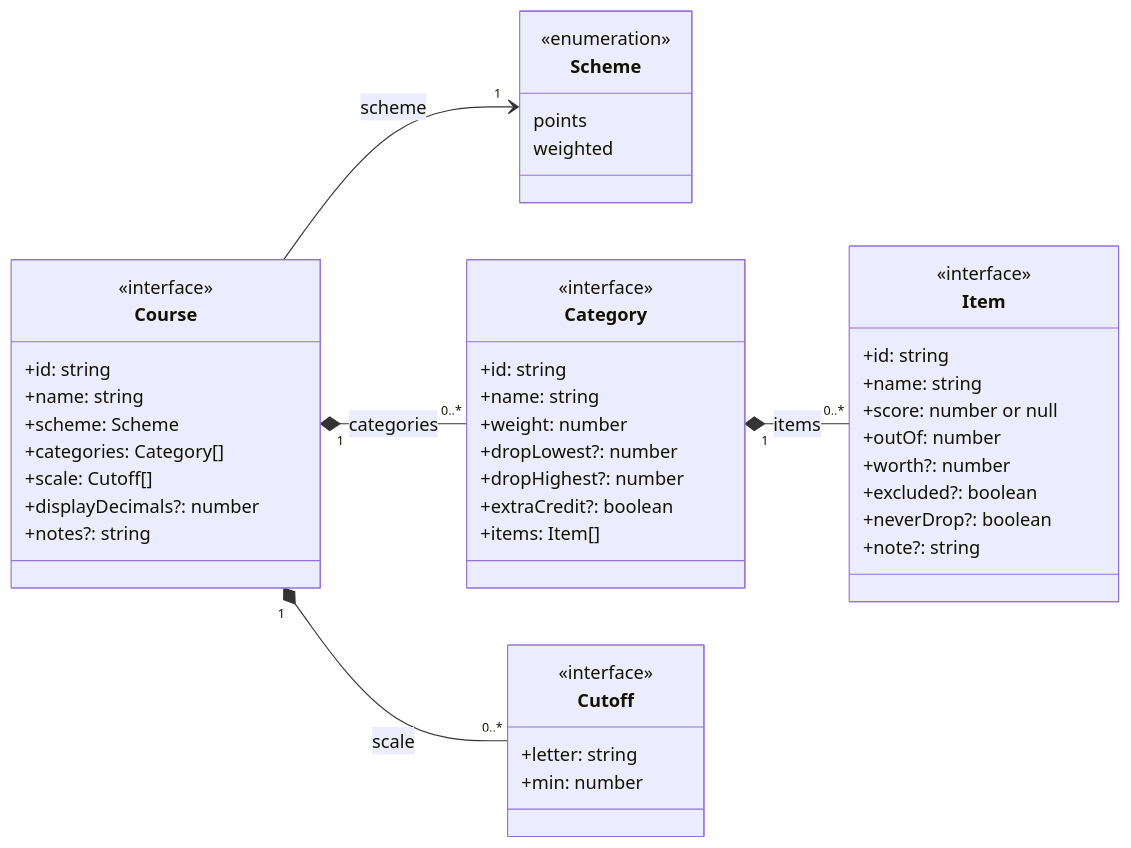
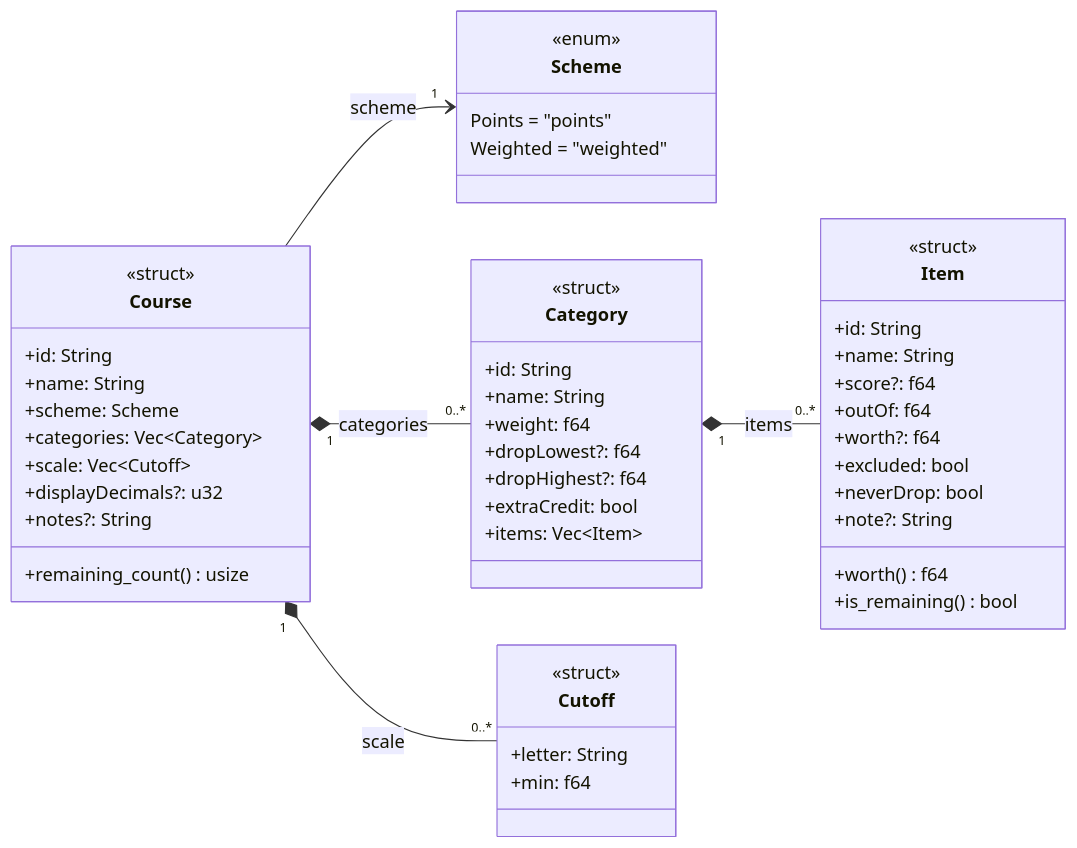
Before and after one commit to Patman1O1/grade-calculator: the second of 8 diagrams in docs/uml.md, drawn with Mermaid. The commit also changed other lines of this file and 45 other files, not shown here.

````diff
--- a/docs/uml.md
+++ b/docs/uml.md
@@ -59,49 +63,52 @@
 ```mermaid
 classDiagram
   direction LR
   class Scheme {
-    <<enumeration>>
-    points
-    weighted
+    <<enum>>
+    Points = "points"
+    Weighted = "weighted"
   }
   class Course {
-    <<interface>>
-    +id: string
-    +name: string
+    <<struct>>
+    +id: String
+    +name: String
     +scheme: Scheme
-    +categories: Category[]
-    +scale: Cutoff[]
-    +displayDecimals?: number
-    +notes?: string
+    +categories: Vec~Category~
+    +scale: Vec~Cutoff~
+    +displayDecimals?: u32
+    +notes?: String
+    +remaining_count() usize
   }
   class Category {
-    <<interface>>
-    +id: string
-    +name: string
-    +weight: number
-    +dropLowest?: number
-    +dropHighest?: number
-    +extraCredit?: boolean
-    +items: Item[]
+    <<struct>>
+    +id: String
+    +name: String
+    +weight: f64
+    +dropLowest?: f64
+    +dropHighest?: f64
+    +extraCredit: bool
+    +items: Vec~Item~
   }
   class Item {
-    <<interface>>
-    +id: string
-    +name: string
-    +score: number or null
-    +outOf: number
-    +worth?: number
-    +excluded?: boolean
-    +neverDrop?: boolean
-    +note?: string
+    <<struct>>
+    +id: String
+    +name: String
+    +score?: f64
+    +outOf: f64
+    +worth?: f64
+    +excluded: bool
+    +neverDrop: bool
+    +note?: String
+    +worth() f64
+    +is_remaining() bool
   }
   class Cutoff {
-    <<interface>>
-    +letter: string
-    +min: number
+    <<struct>>
+    +letter: String
+    +min: f64
   }
   Course "1" *-- "0..*" Category : categories
   Category "1" *-- "0..*" Item : items
   Course "1" *-- "0..*" Cutoff : scale
   Course --> "1" Scheme : scheme
 ```
````
